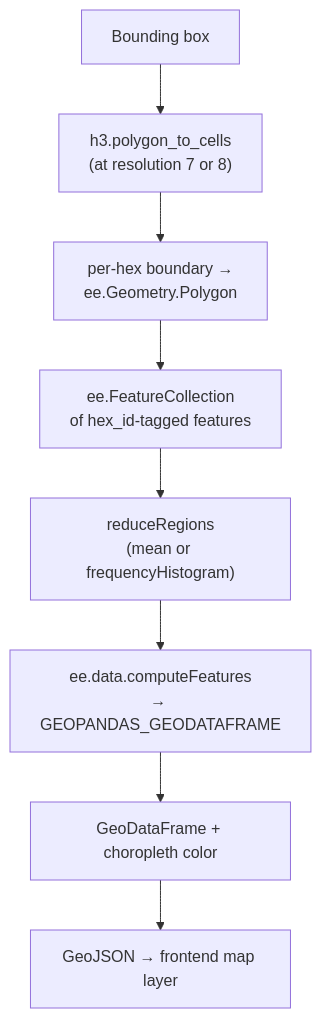
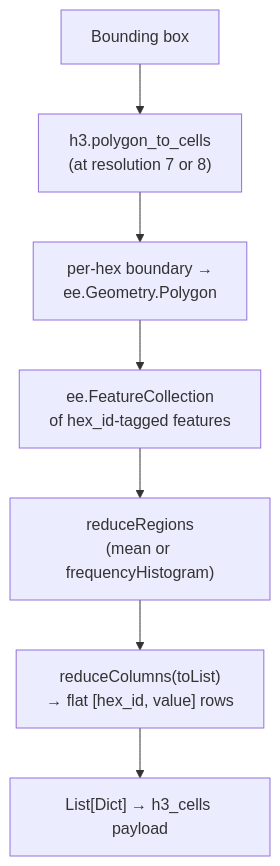
One commit to Harilala42/Canopiq changed the second of 2 diagrams in backend/README.md. Above: the diagram before and after it, drawn with Mermaid. The commit also changed other lines of this file and 27 other files, not shown here.

Commit message:
refactor: replace heavy GeoJSON with client-side H3 cell reconstruction

````diff
--- a/backend/README.md
+++ b/backend/README.md
@@ -316,10 +315,9 @@
 ```mermaid
 flowchart TD
     A[Bounding box] --> B["h3.polygon_to_cells<br/>(at resolution 7 or 8)"]
     B --> C["per-hex boundary →<br/>ee.Geometry.Polygon"]
     C --> D[ee.FeatureCollection<br/>of hex_id-tagged features]
     D --> E["reduceRegions<br/>(mean or frequencyHistogram)"]
-    E --> F["ee.data.computeFeatures<br/>→ GEOPANDAS_GEODATAFRAME"]
-    F --> G[GeoDataFrame + choropleth color]
-    G --> H[GeoJSON → frontend map layer]
+    E --> F["reduceColumns(toList)<br/>→ flat [hex_id, value] rows"]
+    F --> G["List[Dict] → h3_cells payload"]
 ```
````
